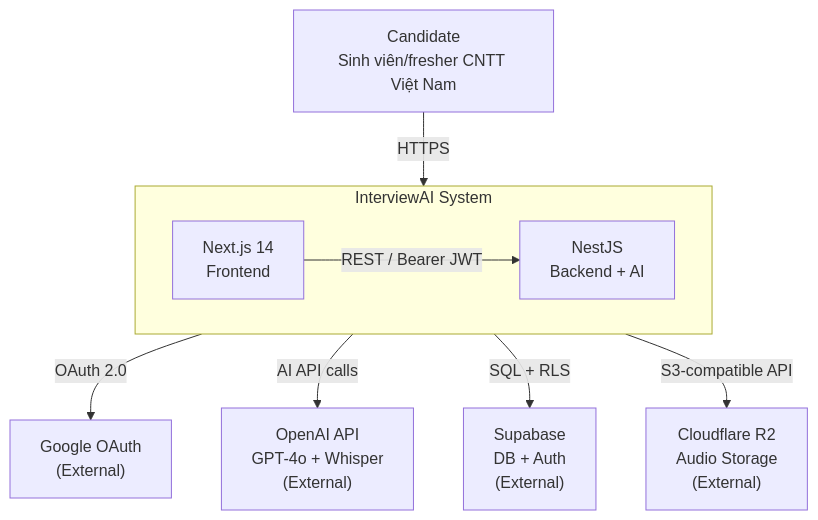
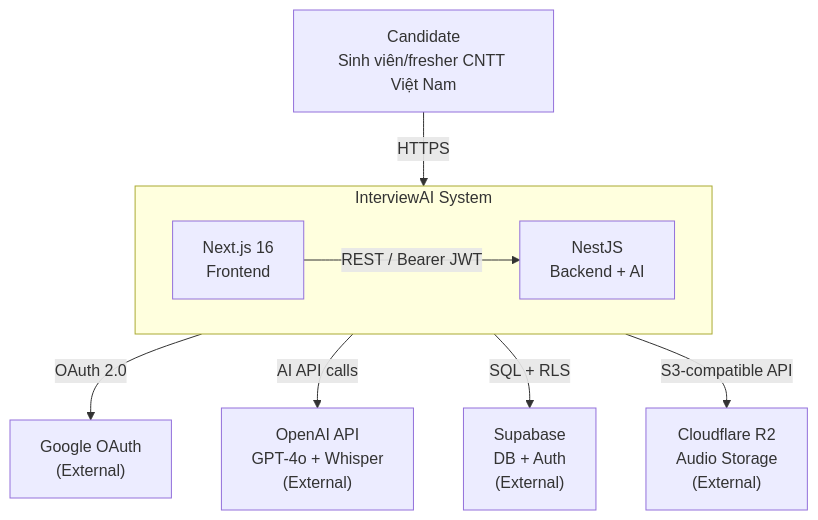
Before and after one commit to lethanhan01/interview-coach: the first of 3 diagrams in docs/Design/ArchitecturalDesign/SAD_InterviewAI_v1.0.md, drawn with Mermaid. The commit also changed other lines of this file and 10 other files, not shown here.

````diff
--- a/docs/Design/ArchitecturalDesign/SAD_InterviewAI_v1.0.md
+++ b/docs/Design/ArchitecturalDesign/SAD_InterviewAI_v1.0.md
@@ -53,22 +53,22 @@
 ```mermaid
 flowchart TB
     candidate["Candidate\nSinh viên/fresher CNTT Việt Nam"]
 
     subgraph system["InterviewAI System"]
         direction LR
-        web["Next.js 14\nFrontend"]
+        web["Next.js 16\nFrontend"]
         api["NestJS\nBackend + AI"]
     end
 
     google["Google OAuth\n(External)"]
     openai_ext["OpenAI API\nGPT-4o + Whisper\n(External)"]
     supabase_ext["Supabase\nDB + Auth\n(External)"]
     r2_ext["Cloudflare R2\nAudio Storage\n(External)"]
 
     candidate -->|"HTTPS"| web
     web -->|"REST / Bearer JWT"| api
     api -->|"OAuth 2.0"| google
     api -->|"AI API calls"| openai_ext
     api -->|"SQL + RLS"| supabase_ext
     api -->|"S3-compatible API"| r2_ext
 ```
````
